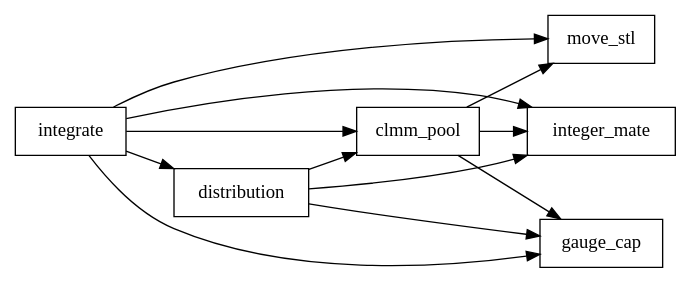
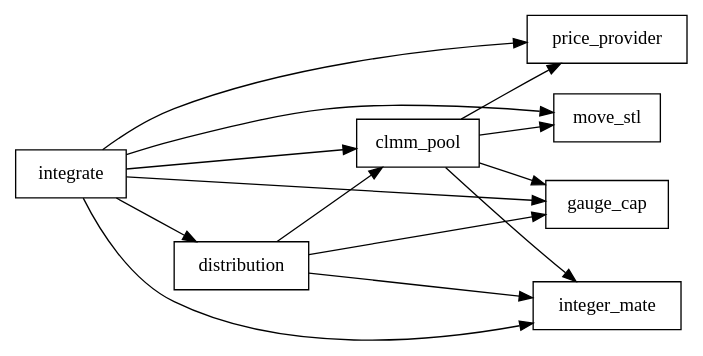
Before and after one commit to LFBuild/FullSail-SC: the diagram in dependency_graph.dot, drawn with Graphviz. The commit also changed 16 other files, not shown here.

Commit message:
clmm_pool, distribution and integrate are still unpublished

```diff
--- a/dependency_graph.dot
+++ b/dependency_graph.dot
@@ -1,23 +1,26 @@
 digraph Dependencies {
     rankdir=LR;
     node [shape=box];
 
     // Nodes with no incoming dependencies
     "integrate";
 
     // Dependency relationships:
+    "clmm_pool"    -> "price_provider"
+    "integrate"    -> "price_provider"
+
     "distribution" -> "clmm_pool";
     "integrate"    -> "clmm_pool";
     "integrate"    -> "distribution";
 
     "clmm_pool"    -> "move_stl";
     "integrate"    -> "move_stl";
 
     "clmm_pool"    -> "integer_mate";
     "integrate"    -> "integer_mate";
     "distribution"  -> "integer_mate";
 
     "clmm_pool"    -> "gauge_cap";
     "distribution" -> "gauge_cap";
     "integrate"    -> "gauge_cap";
 }
```
